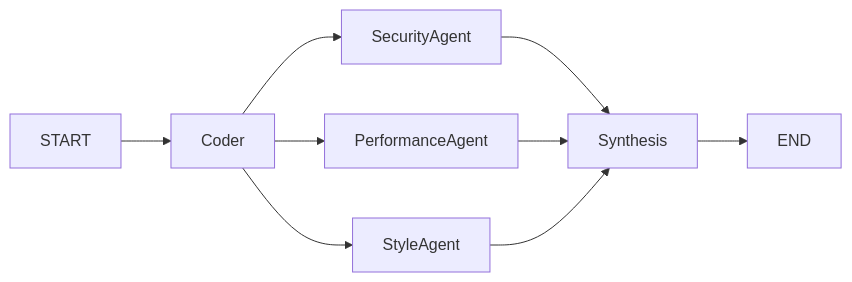
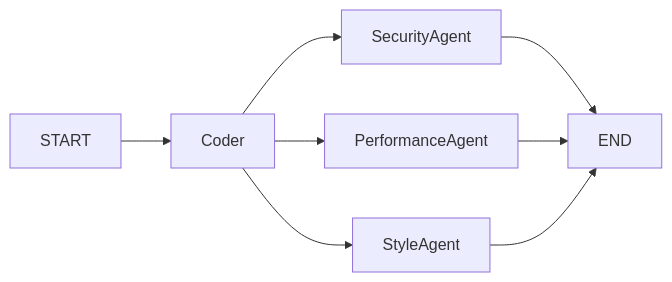
The fifth of 10 diagrams in PATTERNS.md (rulala/fac-ws_ai_multi-agent), drawn with Mermaid before and after one commit. The commit also changed other lines of this file, not shown here.

Commit message:
docs: update routing diagram in PATTERNS.md

````diff
--- a/PATTERNS.md
+++ b/PATTERNS.md
@@ -122,11 +121,10 @@
 ```mermaid
 graph LR
     START --> Coder
     Coder --> SecurityAgent
     Coder --> PerformanceAgent
     Coder --> StyleAgent
-    SecurityAgent --> Synthesis
-    PerformanceAgent --> Synthesis
-    StyleAgent --> Synthesis
-    Synthesis --> END
+    SecurityAgent --> END
+    PerformanceAgent --> END
+    StyleAgent --> END
 ```
````
